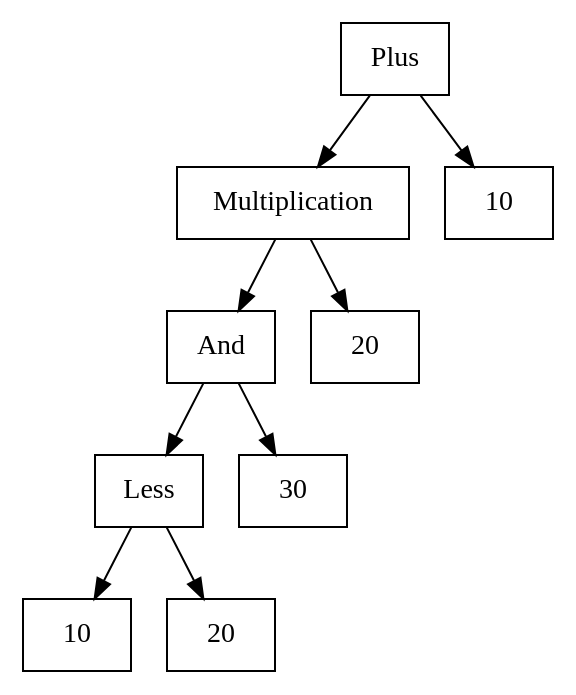
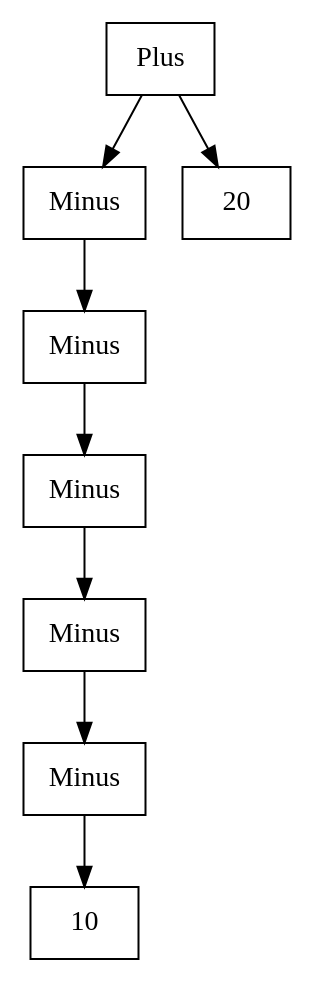
The diagram in src/TestFiles/Graphviz/test.dot (javier3448/AntLang), drawn with Graphviz before and after one commit. The commit also changed 10 other files, not shown here.

```diff
--- a/src/TestFiles/Graphviz/test.dot
+++ b/src/TestFiles/Graphviz/test.dot
@@ -1,47 +1,42 @@
 digraph G {
 "expr0" [
 label = "Plus",
 shape = "box",
 ];
 "expr1" [
-label = "Multiplication",
+label = "Minus",
 shape = "box",
 ];
 "expr2" [
-label = "And",
+label = "Minus",
 shape = "box",
 ];
 "expr3" [
-label = "Less",
+label = "Minus",
 shape = "box",
 ];
 "expr4" [
+label = "Minus",
+shape = "box",
+];
+"expr5" [
+label = "Minus",
+shape = "box",
+];
+"expr6" [
 label = "10",
 shape = "box",
 ];
-"expr5" [
-label = "20",
-shape = "box",
-];
+"expr5"->"expr6";
+"expr4"->"expr5";
 "expr3"->"expr4";
-"expr3"->"expr5";
-"expr6" [
-label = "30",
-shape = "box",
-];
 "expr2"->"expr3";
-"expr2"->"expr6";
+"expr1"->"expr2";
 "expr7" [
 label = "20",
 shape = "box",
 ];
-"expr1"->"expr2";
-"expr1"->"expr7";
-"expr8" [
-label = "10",
-shape = "box",
-];
 "expr0"->"expr1";
-"expr0"->"expr8";
+"expr0"->"expr7";
 
 }
```
